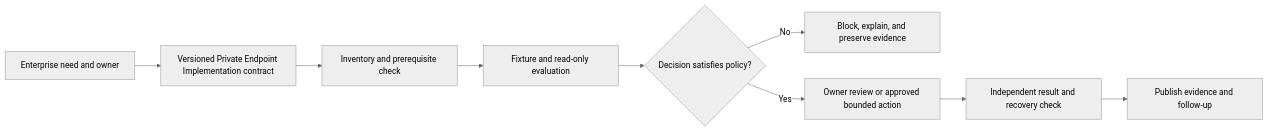
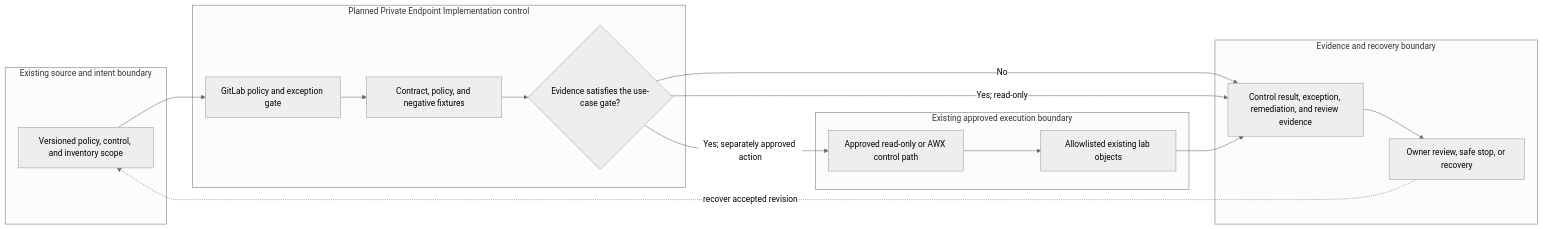
The diagram in docs/use-cases/governance/UC-GOV-008-private-endpoint-implementation.md (MIDHTECH/enterprise-architecture-docs), drawn with Mermaid (neutral theme) before and after one commit. The commit also changed other lines of this file and 227 other files, not shown here.

Commit message:
Deepen architecture for all use case designs

````diff
--- a/docs/use-cases/governance/UC-GOV-008-private-endpoint-implementation.md
+++ b/docs/use-cases/governance/UC-GOV-008-private-endpoint-implementation.md
@@ -136,11 +129,25 @@
 ```mermaid
 flowchart LR
-    Need["Enterprise need and owner"] --> Contract["Versioned Private Endpoint Implementation contract"]
-    Contract --> Preflight["Inventory and prerequisite check"]
-    Preflight --> Evaluate["Fixture and read-only evaluation"]
-    Evaluate --> Decision{"Decision satisfies policy?"}
-    Decision -->|No| Stop["Block, explain, and preserve evidence"]
-    Decision -->|Yes| Review["Owner review or approved bounded action"]
-    Review --> Verify["Independent result and recovery check"]
-    Verify --> Publish["Publish evidence and follow-up"]
+    subgraph Source["Existing source and intent boundary"]
+        A["Versioned policy, control, and inventory scope"]
+    end
+    subgraph Planned["Planned Private Endpoint Implementation control"]
+        B["GitLab policy and exception gate"]
+        C["Contract, policy, and negative fixtures"]
+        D{"Evidence satisfies the use-case gate?"}
+    end
+    subgraph Runtime["Existing approved execution boundary"]
+        E["Approved read-only or AWX control path"]
+        F["Allowlisted existing lab objects"]
+    end
+    subgraph Assurance["Evidence and recovery boundary"]
+        G["Control result, exception, remediation, and review evidence"]
+        H["Owner review, safe stop, or recovery"]
+    end
+
+    A --> B --> C --> D
+    D -->|No| G --> H
+    D -->|Yes; read-only| G
+    D -->|Yes; separately approved action| E --> F --> G
+    H -. recover accepted revision .-> A
 ```
````
